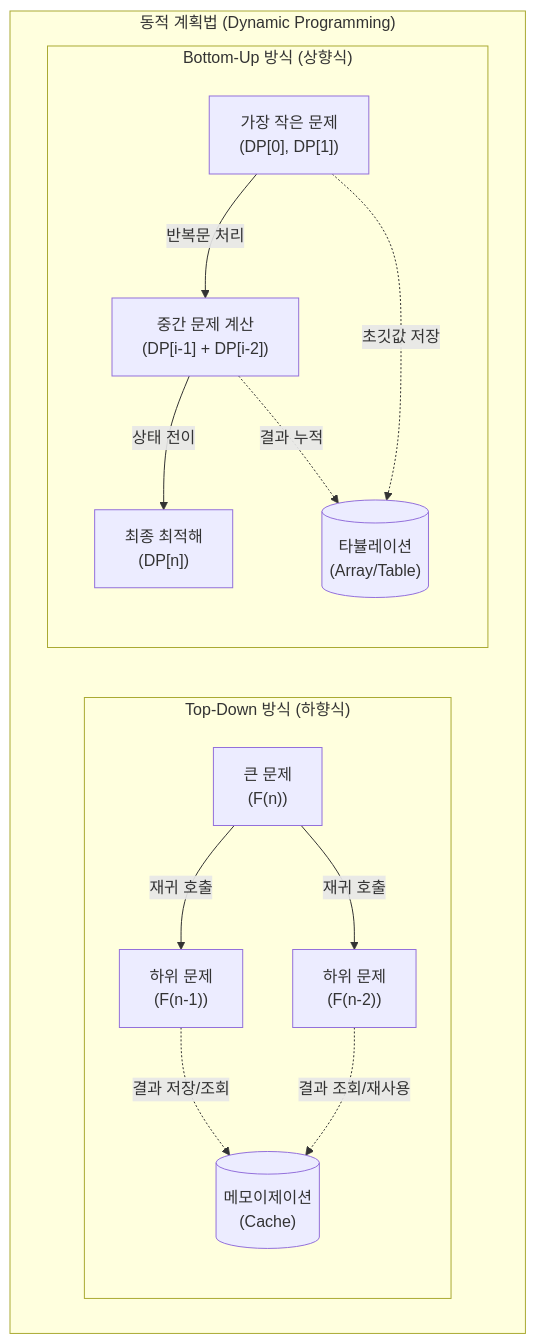
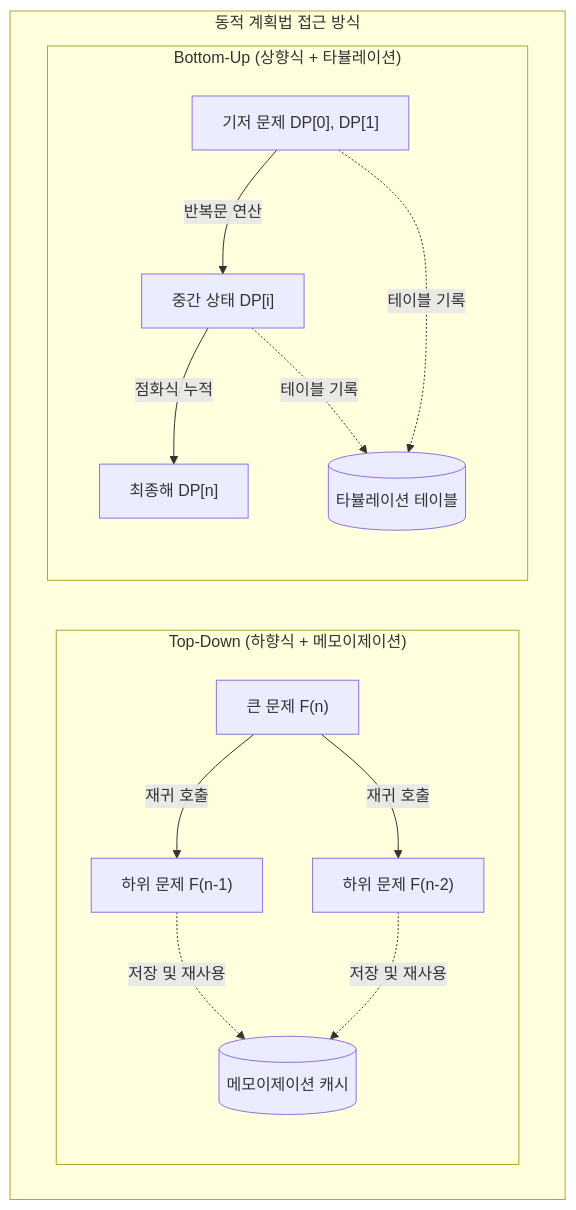
The diagram in content/01_IT Tech/동적 계획법.md (supremethumb/supremethumb.github.io), drawn with Mermaid before and after one commit. The commit also changed other lines of this file and 362 other files, not shown here.

````diff
--- a/content/01_IT Tech/동적 계획법.md
+++ b/content/01_IT Tech/동적 계획법.md
@@ -27,33 +37,28 @@
 ```mermaid
 flowchart TB
-    subgraph DP["동적 계획법 (Dynamic Programming)"]
+    subgraph DP ["동적 계획법 접근 방식"]
         direction LR
         
-        subgraph TopDown["Top-Down 방식 (하향식)"]
+        subgraph TopDown ["Top-Down (하향식 + 메모이제이션)"]
             direction TB
-            T_Main["큰 문제<br/>(F(n))"]
-            T_Sub1["하위 문제<br/>(F(n-1))"]
-            T_Sub2["하위 문제<br/>(F(n-2))"]
-            T_Cache[("메모이제이션<br/>(Cache)")]
+            T_Main["큰 문제 F(n)"]
+            T_Sub1["하위 문제 F(n-1)"]
+            T_Sub2["하위 문제 F(n-2)"]
+            T_Cache[("메모이제이션 캐시")]
             
-            T_Main -->|재귀 호출| T_Sub1
-            T_Main -->|재귀 호출| T_Sub2
-            T_Sub1 -.->|결과 저장/조회| T_Cache
-            T_Sub2 -.->|결과 조회/재사용| T_Cache
+            T_Main -->|재귀 호출| T_Sub1 & T_Sub2
+            T_Sub1 & T_Sub2 -.->|저장 및 재사용| T_Cache
         end
         
-        subgraph BottomUp["Bottom-Up 방식 (상향식)"]
+        subgraph BottomUp ["Bottom-Up (상향식 + 타뷸레이션)"]
             direction TB
-            B_Sub1["가장 작은 문제<br/>(DP[0], DP[1])"]
-            B_Sub2["중간 문제 계산<br/>(DP[i-1] + DP[i-2])"]
-            B_Main["최종 최적해<br/>(DP[n])"]
-            B_Table[("타뷸레이션<br/>(Array/Table)")]
+            B_Base["기저 문제 DP[0], DP[1]"]
+            B_Mid["중간 상태 DP[i]"]
+            B_Final["최종해 DP[n]"]
+            B_Table[("타뷸레이션 테이블")]
             
-            B_Sub1 -->|반복문 처리| B_Sub2
-            B_Sub2 -->|상태 전이| B_Main
-            B_Sub1 -.->|초깃값 저장| B_Table
-            B_Sub2 -.->|결과 누적| B_Table
+            B_Base -->|반복문 연산| B_Mid -->|점화식 누적| B_Final
+            B_Base & B_Mid -.->|테이블 기록| B_Table
         end
     end
-
 ```
````
